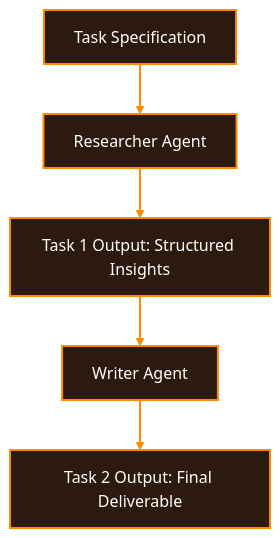
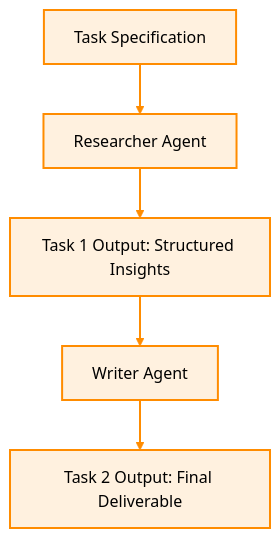
One commit to MaxwellMensah/agentic_engineering changed the first of 4 diagrams in multi_agents/readme.md. Above: the diagram before and after it, drawn with Mermaid (neutral theme). The commit also changed other lines of this file, not shown here.

````diff
--- a/multi_agents/readme.md
+++ b/multi_agents/readme.md
@@ -68,12 +68,11 @@
 ```mermaid
 graph TD
     A[Task Specification] --> B[Researcher Agent]
     B --> C[Task 1 Output: Structured Insights]
     C --> D[Writer Agent]
     D --> E[Task 2 Output: Final Deliverable]
 
-    classDef orangeNode fill:#2d1a0e,stroke:#ff8c00,stroke-width:2px,color:#ffffff;
+    classDef orangeNode fill:#ff8c0020,stroke:#ff8c00,stroke-width:2px;
     class A,B,C,D,E orangeNode;
     linkStyle default stroke:#ff8c00,stroke-width:2px;
-
 ```
````
